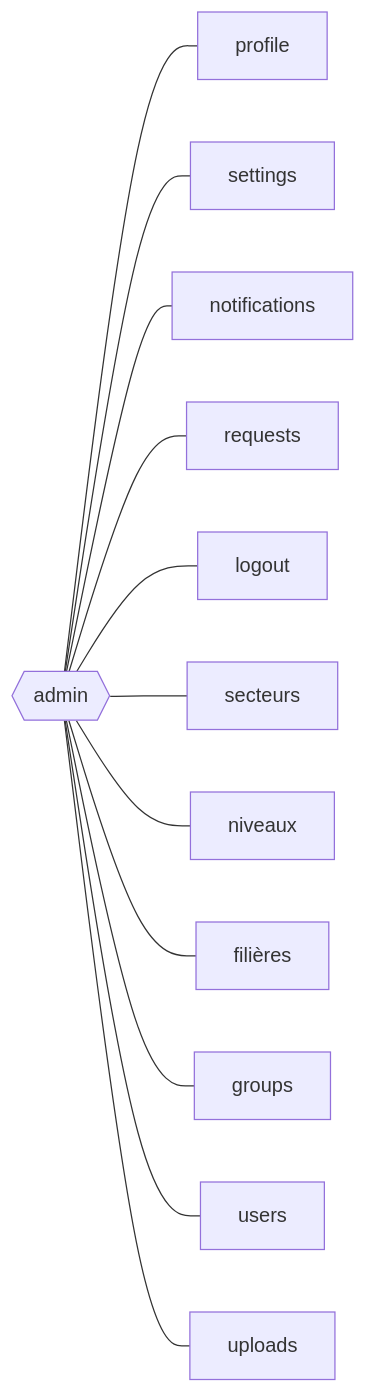
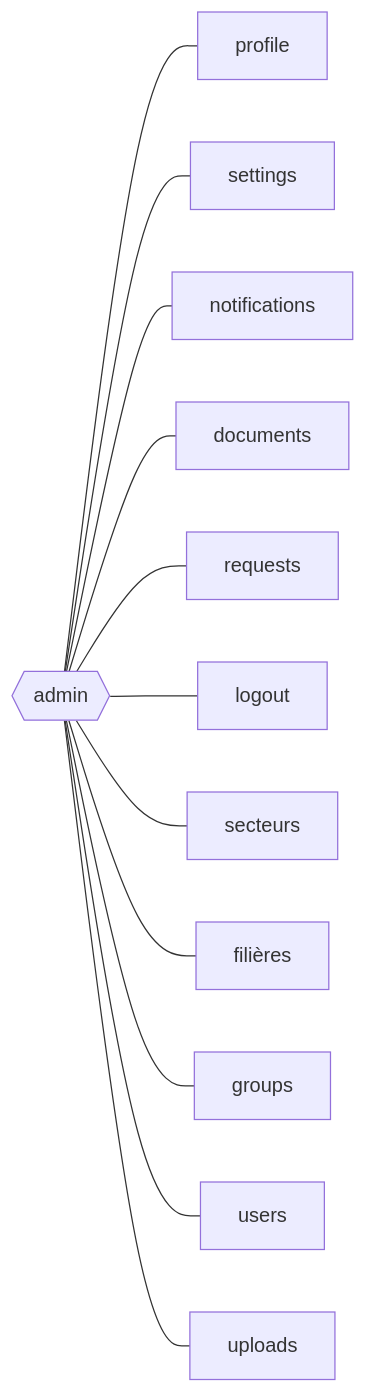
One commit to idlli/E-Campus changed the first of 2 diagrams in diagrams/admin/dashboard.md. Above: the diagram before and after it, drawn with Mermaid.

````diff
--- a/diagrams/admin/dashboard.md
+++ b/diagrams/admin/dashboard.md
@@ -2,7 +2,7 @@
 ```mermaid
 graph LR
-    admin{{admin}} --- profile & settings & notifications & requests & logout & secteurs & niveaux & filières & groups & users & uploads
+    admin{{admin}} --- profile & settings & notifications & documents & requests & logout & secteurs & filières & groups & users & uploads
     
     %% links
     
 ```
````
